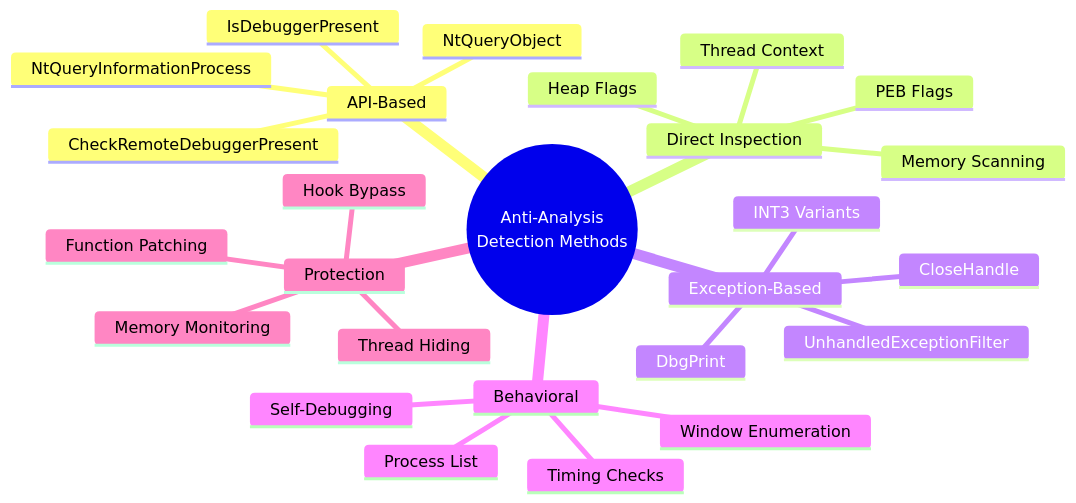
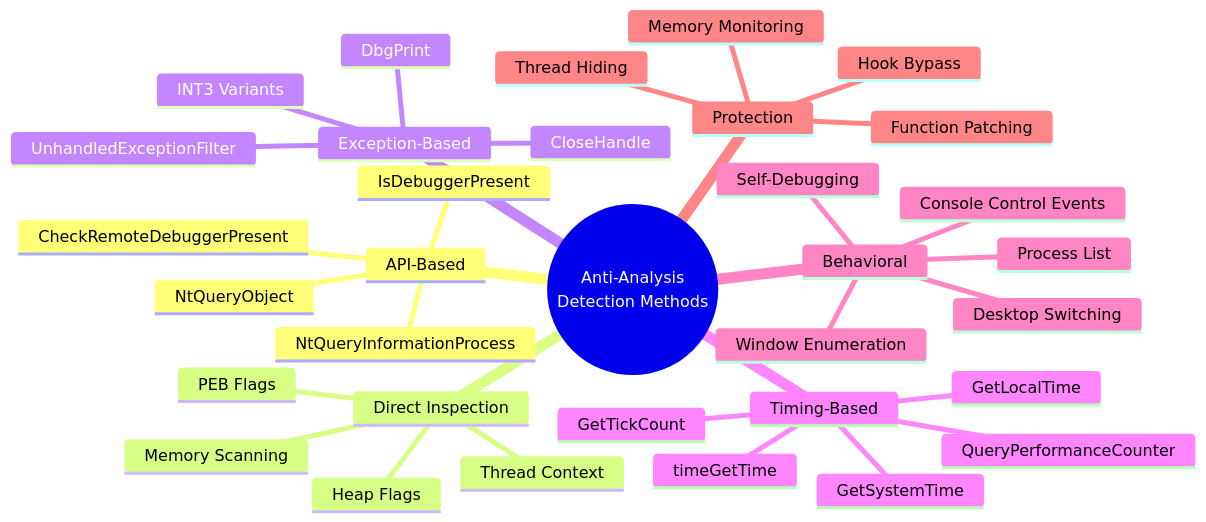
One commit to mabj/anti changed the sixth of 8 diagrams in docs/diagrams/taxonomy.md. Above: the diagram before and after it, drawn with Mermaid. The commit also changed other lines of this file, not shown here.

````diff
--- a/docs/diagrams/taxonomy.md
+++ b/docs/diagrams/taxonomy.md
@@ -161,29 +172,36 @@
 ```mermaid
 mindmap
   root((Anti-Analysis<br/>Detection Methods))
     API-Based
       IsDebuggerPresent
       CheckRemoteDebuggerPresent
       NtQueryInformationProcess
       NtQueryObject
     Direct Inspection
       PEB Flags
       Heap Flags
       Thread Context
       Memory Scanning
     Exception-Based
       INT3 Variants
       CloseHandle
       UnhandledExceptionFilter
       DbgPrint
+    Timing-Based
+      GetLocalTime
+      GetSystemTime
+      GetTickCount
+      QueryPerformanceCounter
+      timeGetTime
     Behavioral
-      Timing Checks
       Self-Debugging
       Window Enumeration
       Process List
+      Console Control Events
+      Desktop Switching
     Protection
       Function Patching
       Thread Hiding
       Memory Monitoring
       Hook Bypass
 ```
````
